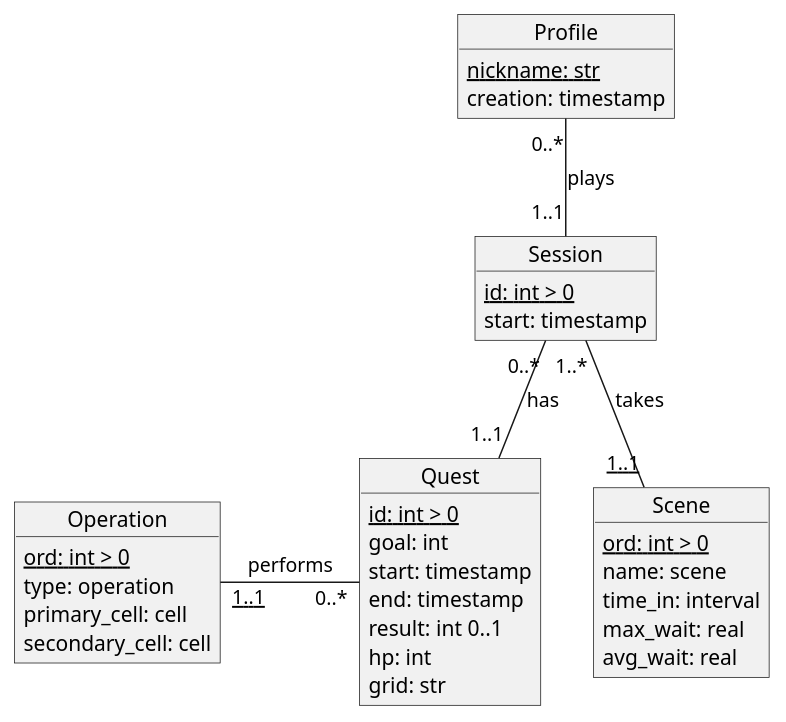
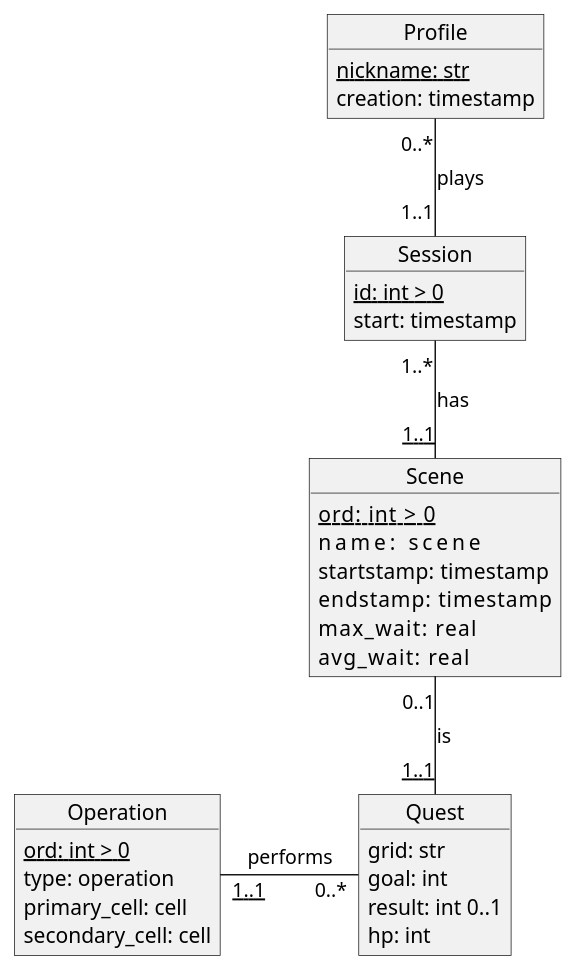
One commit to AntoninoRando/Grid-Quest changed the diagram in src/doc/database-ER-Diagram.wsd. Above: the diagram before and after it, drawn with PlantUML. The commit also changed 4 other files, not shown here.

```diff
--- a/src/doc/database-ER-Diagram.wsd
+++ b/src/doc/database-ER-Diagram.wsd
@@ -1,50 +1,48 @@
 @startuml database-ER
 
 ' Entities
 
 object Profile {
     <u>nickname: str</u>
     creation: timestamp
 }
 
 object Session {
     <u>id: int > 0</u>
     start: timestamp
 }
 
 object Scene {
-    <u>ord: int > 0</u>
-    name: scene
-    time_in: interval
-    max_wait: real
-    avg_wait: real
+    <u>ord:   int > 0</u>
+    name:        scene
+    startstamp:  timestamp
+    endstamp:    timestamp
+    max_wait:    real
+    avg_wait:    real
 }
 
 object Quest {
-    <u>id: int > 0</u>
+    grid: str
     goal: int
-    start: timestamp
-    end: timestamp
     result: int 0..1
     hp: int
-    grid: str
 }
 
 object Operation {
     <u>ord: int > 0</u>
     type: operation
     primary_cell: cell
     secondary_cell: cell
 }
 
 ' Relationship
 
 Profile "0..*" -- "1..1" Session : plays
 
-Session "0..*" -- "1..1" Quest : has
+Session "1..*" -- "<u>1..1</u>" Scene : has
 
-Session "1..*" -- "<u>1..1</u>" Scene : takes
+Scene "0..1" -- "<u>1..1</u>" Quest : is
 
 Quest "0..*" -left- "<u>1..1</u>" Operation : performs
 
 @enduml
```
